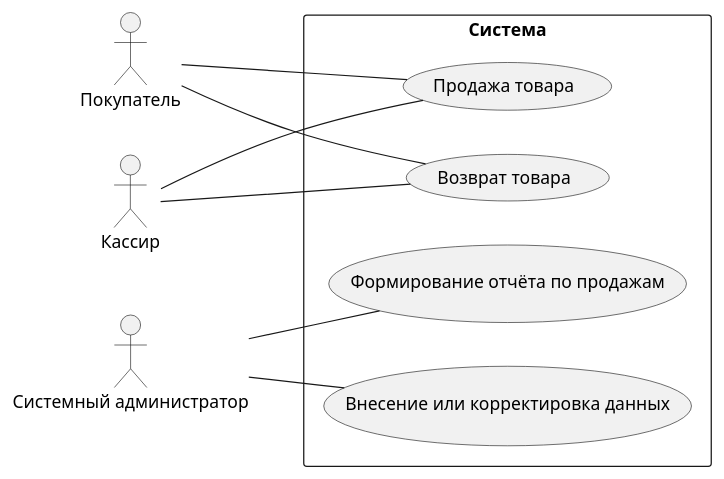
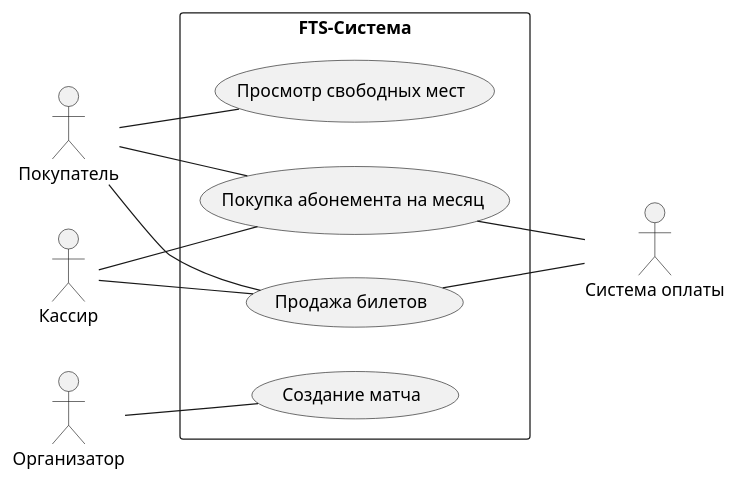
The diagram in Видение.md (penamarth/bsbo-03-23_team4_var10_football), drawn with PlantUML before and after one commit. The commit also changed 1 other file, not shown here.

Commit message:
Фикс диаграмм системы и модели предметной области

````diff
--- a/Видение.md
+++ b/Видение.md
@@ -43,30 +43,32 @@
 ```plantuml
 @startuml
 skinparam packageStyle rect
 left to right direction
 
 :Покупатель:
 :Кассир:
-:Системный администратор:
+:Организатор:
+:Система оплаты:
 
-package Cистема {
+package FTS-Cистема {
 
-(Продажа товара)
-(Возврат товара)
-(Формирование отчёта по продажам)
-(Внесение или корректировка данных)
+(Продажа билетов)
+(Покупка абонемента на месяц)
+(Просмотр свободных мест)
+(Создание матча)
 
 }
 
-:Покупатель: -- (Продажа товара)
-:Покупатель: -- (Возврат товара)
+:Покупатель: -- (Просмотр свободных мест)
+:Покупатель: -- (Продажа билетов)
+:Покупатель: -- (Покупка абонемента на месяц)
 
-:Кассир: -- (Продажа товара)
-:Кассир: -- (Возврат товара)
+:Кассир: -- (Продажа билетов)
+:Кассир: -- (Покупка абонемента на месяц)
 
-:Системный администратор: -- (Внесение или корректировка данных)
-:Системный администратор: -- (Формирование отчёта по продажам)
+(Продажа билетов) -- :Система оплаты:
+(Покупка абонемента на месяц) -- :Система оплаты:
 
-
+:Организатор: -- (Создание матча)
 @enduml
 ```
````
